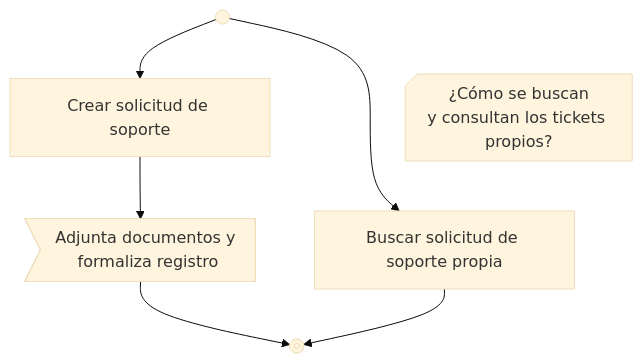
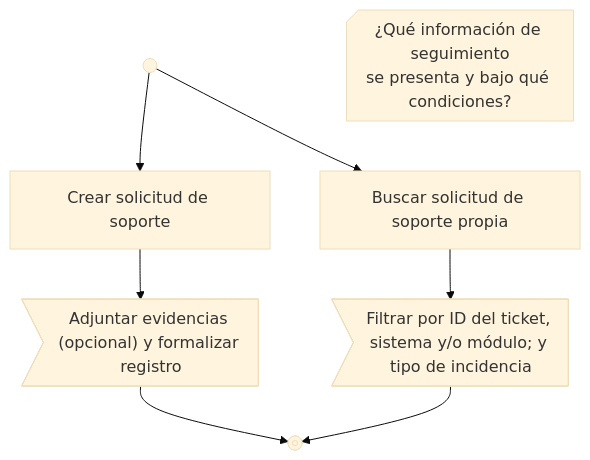
Before and after one commit to the-alive-lab/vslices: the diagram in products/docs-standard/diagramas/work-action-diagram.md, drawn with Mermaid (base theme). The commit also changed other lines of this file, not shown here.

Commit message:
docs(standard): support conditional alternatives within Work Action Diagrams

````diff
--- a/products/docs-standard/diagramas/work-action-diagram.md
+++ b/products/docs-standard/diagramas/work-action-diagram.md
@@ -55,14 +56,15 @@
 ```mermaid
 flowchart TD
     A@{ shape: sm-circ }
     Z@{ shape: framed-circle }
-    dudaBusqueda@{ shape: notch-rect, label: "¿Cómo se buscan<br/>y consultan los tickets propios?" }
+    dudaBusqueda@{ shape: notch-rect, label: "¿Qué información de seguimiento<br/>se presenta y bajo qué condiciones?" }
 
     A --> B1["Crear solicitud de soporte"]
-    B1 --> C1>"Adjunta documentos y formaliza registro"]
+    B1 --> C1>"Adjuntar evidencias (opcional) y formalizar registro"]
     C1 --> Z
 
     A --> B2["Buscar solicitud de soporte propia"]
-    B2 --> Z
+    B2 --> C2>"Filtrar por ID del ticket, sistema y/o módulo; y tipo de incidencia"]
+    C2 --> Z
     dudaBusqueda ~~~ B2
 ```
````
